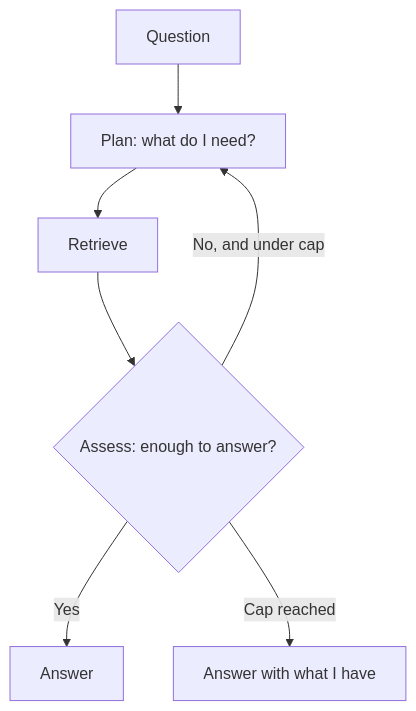
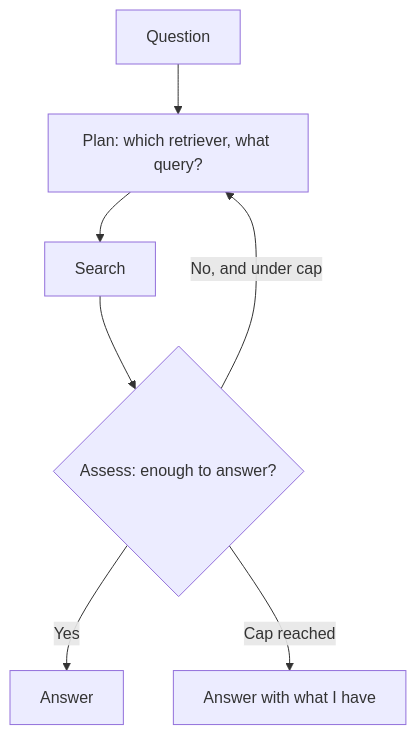
One commit to HImeshSankhala/RAG-Techniques changed the diagram in frontend/content/agentic-rag.mdx. Above: the diagram before and after it, drawn with Mermaid. The commit also changed other lines of this file and 2 other files, not shown here.

````diff
--- a/frontend/content/agentic-rag.mdx
+++ b/frontend/content/agentic-rag.mdx
@@ -21,9 +19,9 @@
 ```mermaid
 flowchart TD
-  Q[Question] --> P[Plan: what do I need?]
-  P --> R[Retrieve]
-  R --> AS{Assess: enough to answer?}
+  Q[Question] --> P[Plan: which retriever, what query?]
+  P --> S[Search]
+  S --> AS{Assess: enough to answer?}
   AS -->|No, and under cap| P
   AS -->|Yes| A[Answer]
   AS -->|Cap reached| A2[Answer with what I have]
 ```
````
